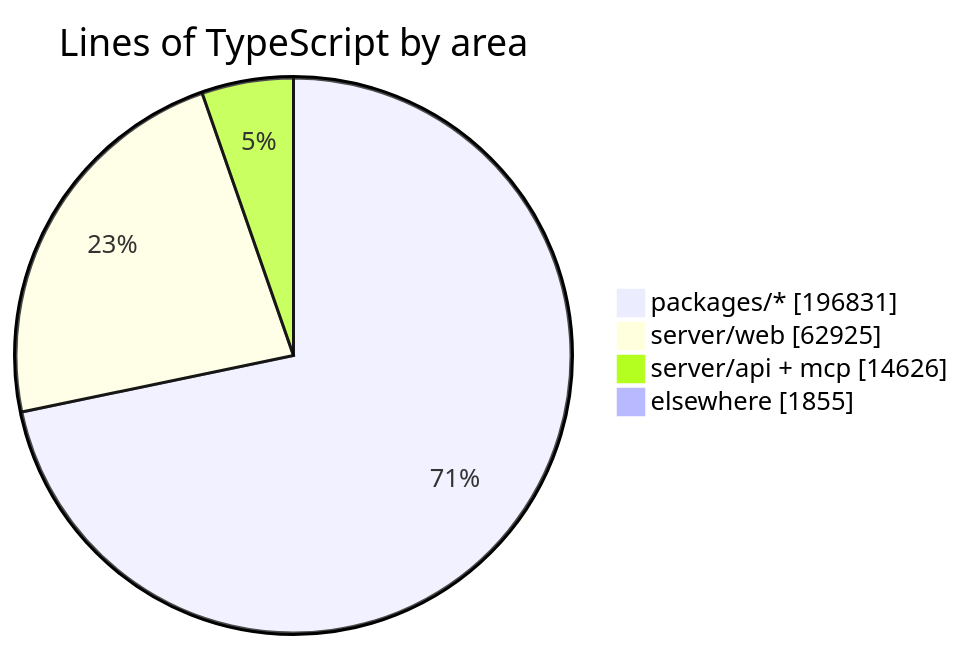
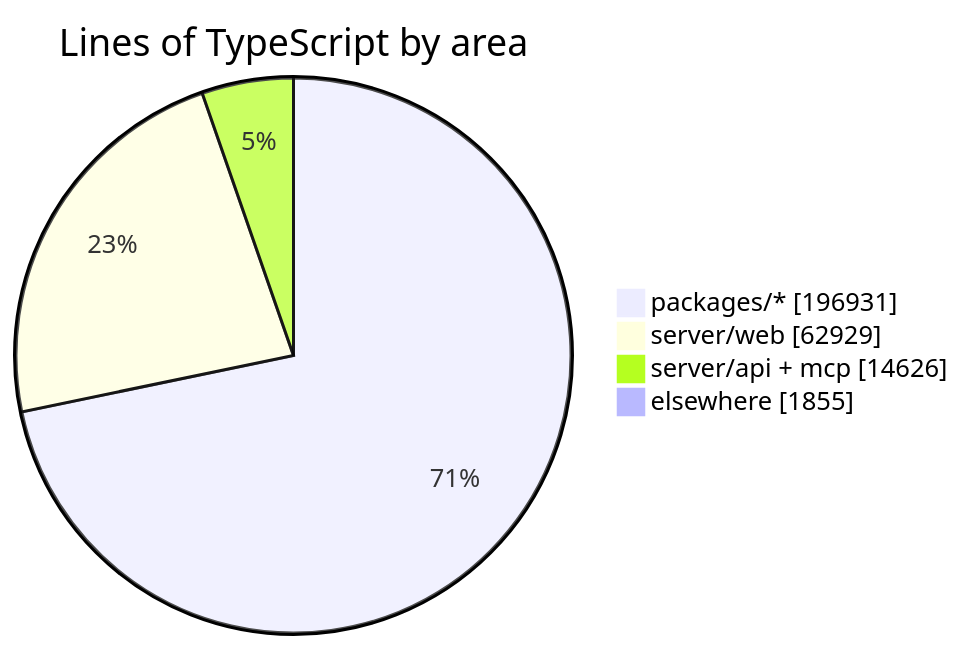
The diagram in README.md (crossworks-engineering/mantle), drawn with Mermaid before and after one commit. The commit also changed other lines of this file and 2 other files, not shown here.

````diff
--- a/README.md
+++ b/README.md
@@ -287,7 +287,7 @@
 ```mermaid
 pie showData title Lines of TypeScript by area
-    "packages/*" : 196831
-    "server/web" : 62925
+    "packages/*" : 196931
+    "server/web" : 62929
     "server/api + mcp" : 14626
     "elsewhere" : 1855
 ```
````
